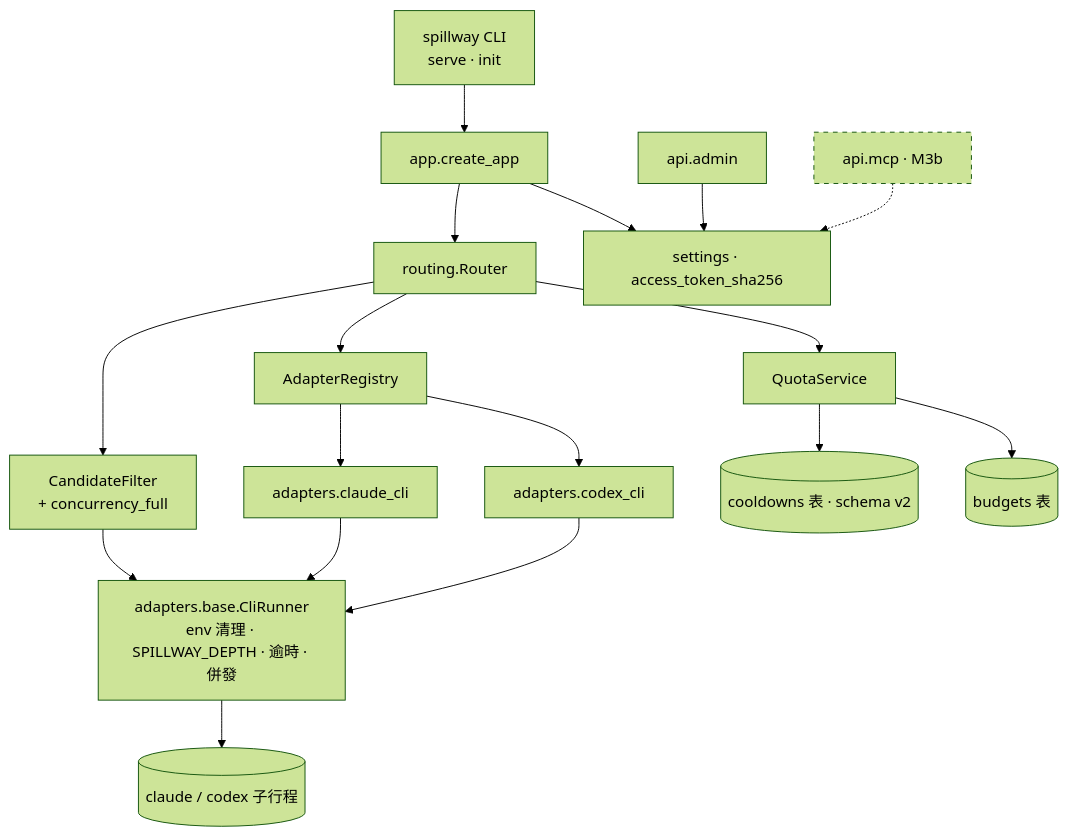
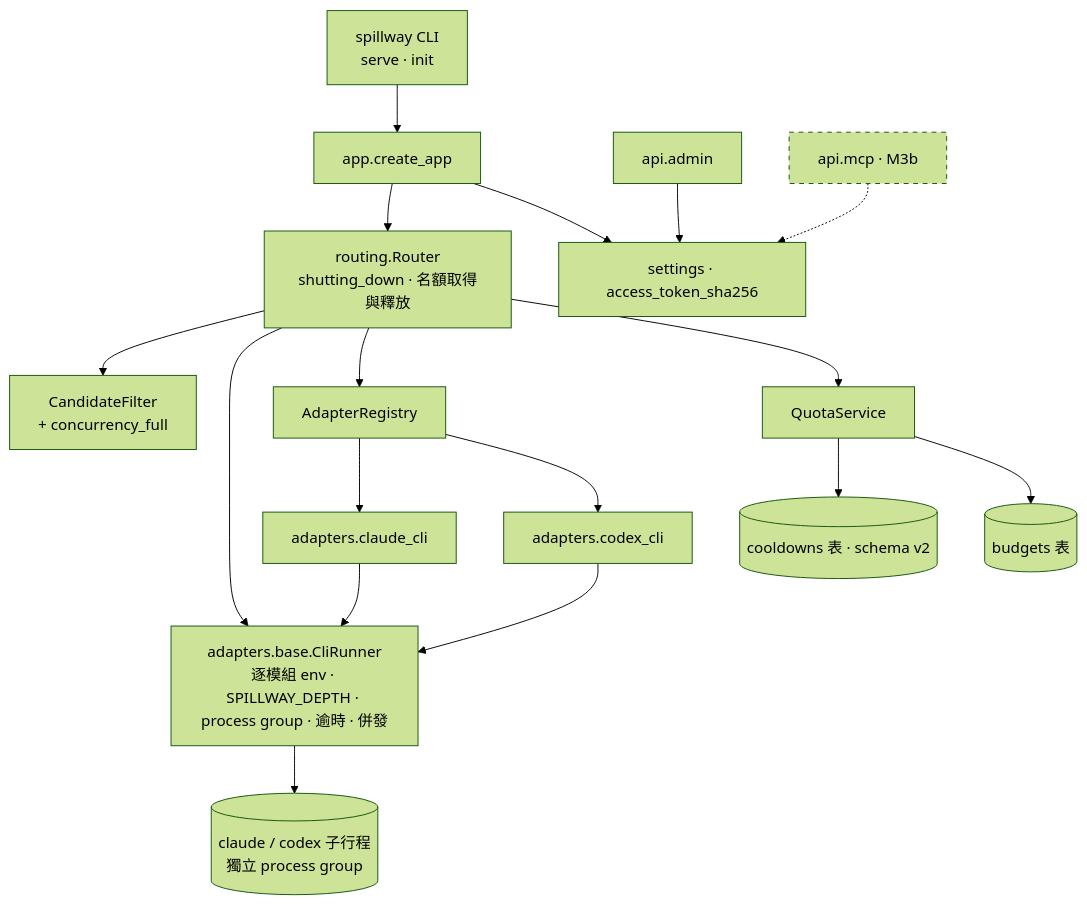
Before and after one commit to kamira/spillway: the first of 5 diagrams in sdlc_docs/changes/CHG-20261101-03.md, drawn with Mermaid (forest theme). The commit also changed other lines of this file and 1 other file, not shown here.

Commit message:
CHG-20261101-03: 決策審議(六席 + 獨立審議席)修正 A 類 37 項,併入使用者決定 B1、B2;m3a_cli.feature 補 codex 情境與同步點

````diff
--- a/sdlc_docs/changes/CHG-20261101-03.md
+++ b/sdlc_docs/changes/CHG-20261101-03.md
@@ -63,19 +65,19 @@
 ```mermaid
 flowchart TB
   CLI[spillway CLI<br/>serve · init] --> APP[app.create_app]
-  APP --> RT[routing.Router]
+  APP --> RT[routing.Router<br/>shutting_down · 名額取得與釋放]
   RT --> CF[CandidateFilter<br/>+ concurrency_full]
-  CF --> CR[adapters.base.CliRunner<br/>env 清理 · SPILLWAY_DEPTH · 逾時 · 併發]
+  RT --> CR[adapters.base.CliRunner<br/>逐模組 env · SPILLWAY_DEPTH · process group · 逾時 · 併發]
   RT --> AR[AdapterRegistry]
   AR --> CC[adapters.claude_cli]
   AR --> CX[adapters.codex_cli]
   CC --> CR
   CX --> CR
-  CR --> SUB[(claude / codex 子行程)]
+  CR --> SUB[(claude / codex 子行程<br/>獨立 process group)]
   RT --> QS[QuotaService] --> COOL[(cooldowns 表 · schema v2)]
   QS --> BUD[(budgets 表)]
   APP --> ST[settings · access_token_sha256]
   ADM[api.admin] --> ST
   MCP[api.mcp · M3b]:::m3b -.-> ST
   classDef m3b stroke-dasharray: 5 5
 ```
````
